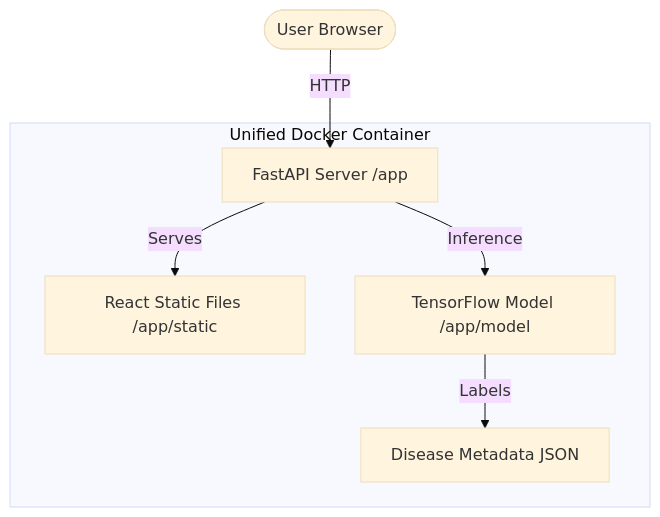
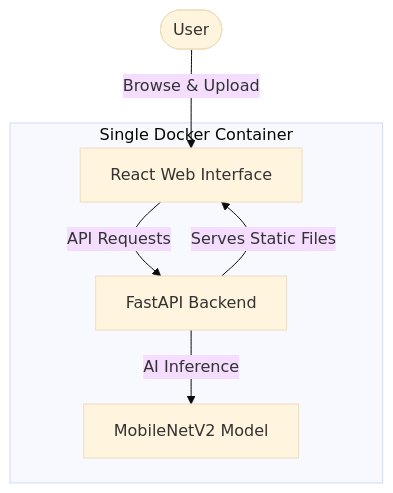
One commit to masumbillah21/crop-disease-ai-detector changed the diagram in README.md. Above: the diagram before and after it, drawn with Mermaid (base theme).

Commit message:
docs: update architecture diagram to detail UI/API interaction and specify MobileNetV2 model.

````diff
--- a/README.md
+++ b/README.md
@@ -40,9 +40,10 @@
 ```mermaid
 graph TD
-    User([User Browser]) -->|HTTP| FastAPI[FastAPI Server /app]
-    subgraph "Unified Docker Container"
-        FastAPI -->|Serves| Static[React Static Files /app/static]
-        FastAPI -->|Inference| Model[TensorFlow Model /app/model]
-        Model -->|Labels| JSON[Disease Metadata JSON]
+    User([User]) -->|Browse & Upload| UI[React Web Interface]
+    UI -->|API Requests| API[FastAPI Backend]
+
+    subgraph "Single Docker Container"
+        API -->|Serves Static Files| UI
+        API -->|AI Inference| Model[MobileNetV2 Model]
     end
 ```
````
